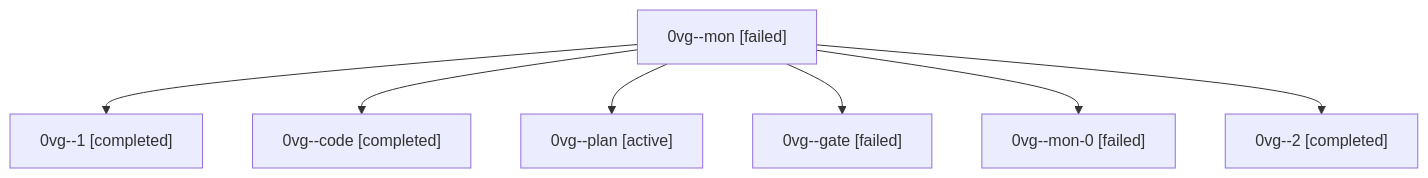
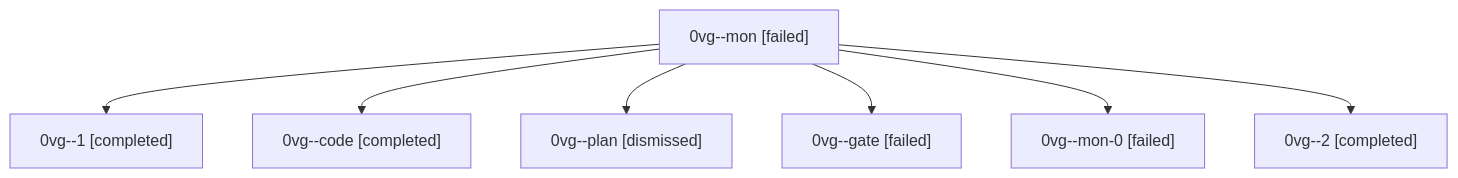
One commit to bobs-org/bob-cli--agents changed the diagram in sessions/bbugyi200.athena.0vg.md. Above: the diagram before and after it, drawn with Mermaid. The commit also changed other lines of this file and 27 other files, not shown here.

````diff
--- a/sessions/bbugyi200.athena.0vg.md
+++ b/sessions/bbugyi200.athena.0vg.md
@@ -9,16 +9,16 @@
 ```mermaid
 flowchart TD
   n0["0vg--mon [failed]"]
   n1["0vg--1 [completed]"]
   n0 --> n1
   n2["0vg--code [completed]"]
   n0 --> n2
-  n3["0vg--plan [active]"]
+  n3["0vg--plan [dismissed]"]
   n0 --> n3
   n4["0vg--gate [failed]"]
   n0 --> n4
   n5["0vg--mon-0 [failed]"]
   n0 --> n5
   n6["0vg--2 [completed]"]
   n0 --> n6
 ```
````
